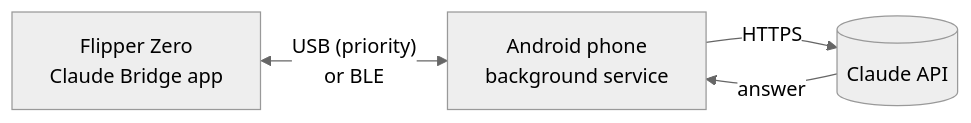
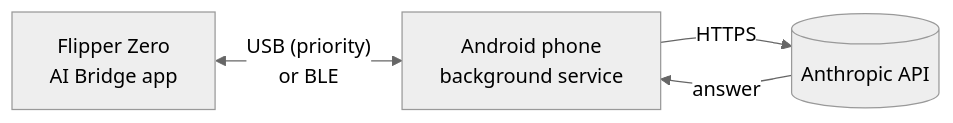
The first of 5 diagrams in README.md (Nahida4479/Flipper-AI-Bridge), drawn with Mermaid (neutral theme) before and after one commit. The commit also changed other lines of this file and 28 other files, not shown here.

First line of the commit message:
Rename project to Flipper AI Bridge (app, package, files, release assets)

````diff
--- a/README.md
+++ b/README.md
@@ -19,6 +19,6 @@
 ```mermaid
 flowchart LR
-    F["Flipper Zero<br/>Claude Bridge app"] <-->|"USB (priority)<br/>or BLE"| P["Android phone<br/>background service"]
-    P -->|HTTPS| A[("Claude API")]
+    F["Flipper Zero<br/>AI Bridge app"] <-->|"USB (priority)<br/>or BLE"| P["Android phone<br/>background service"]
+    P -->|HTTPS| A[("Anthropic API")]
     A -->|answer| P
 ```
````
